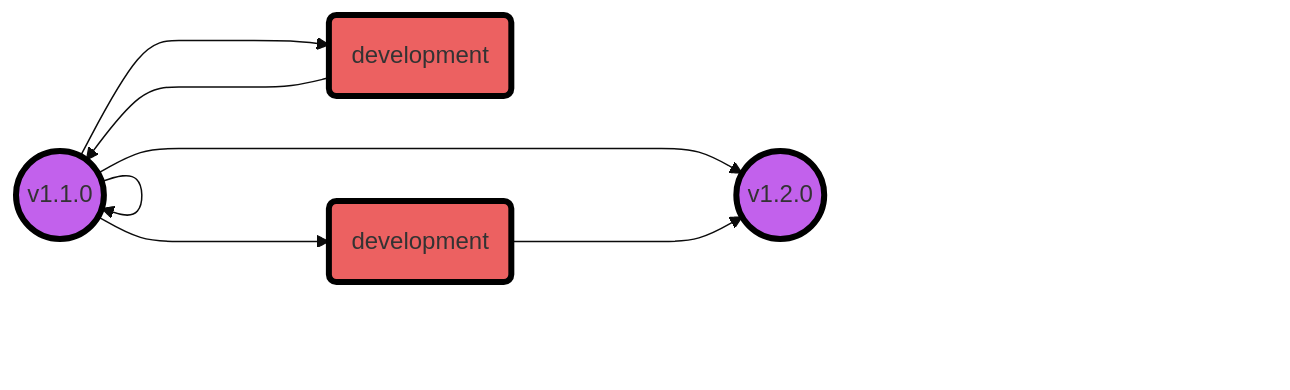
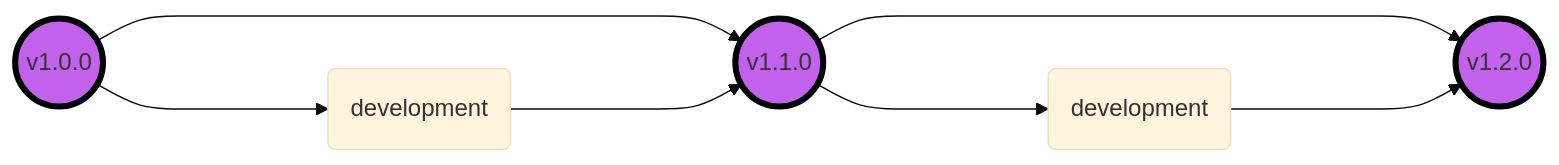
One commit to MateuSanta/Practica5 changed the diagram in README.md. Above: the diagram before and after it, drawn with Mermaid (base theme).

````diff
--- a/README.md
+++ b/README.md
@@ -11,22 +11,20 @@
  ```mermaid
     graph LR;
-        master((v1.0.0))------->master((v1.1.0))
+        master((v1.0.0))------->master1((v1.1.0))
         master((v1.0.0))---->development1(development)
-        development1(development)---->master((v1.1.0))
-        
-        master((v1.1.0))------->masterfinal((v1.2.0))
-        master((v1.1.0))---->development2(development)
-        
+        development1(development)---->master1((v1.1.0))
+        master1((v1.1.0))---->development2(development)
+        master1((v1.1.0))------->masterfinal((v1.2.0))
         development2(development)---->masterfinal((v1.2.0))
     
     classDef purple fill:#C261EC ,stroke: black,stroke-width:4px
     classDef red fill:#EC6161 ,stroke: black,stroke-width:4px
 
     class master purple
+    class master1 purple
     class masterfinal purple
-    class development1 red
-    class development2 red
+    class development red
     
         
     
 ```
````
